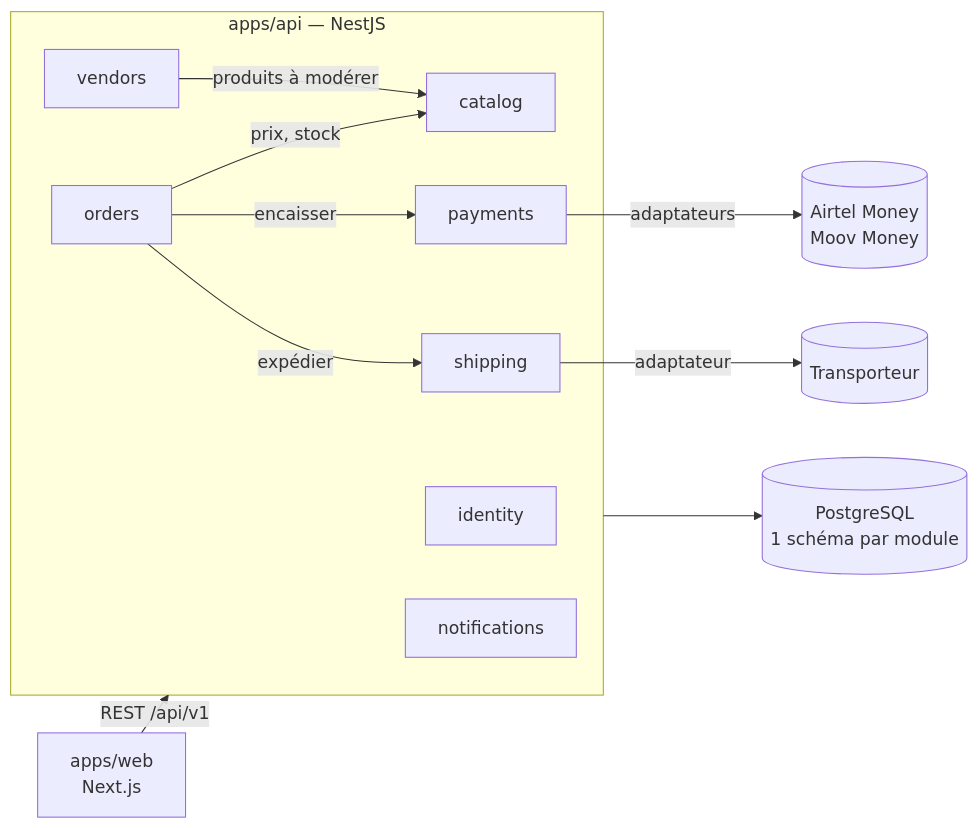
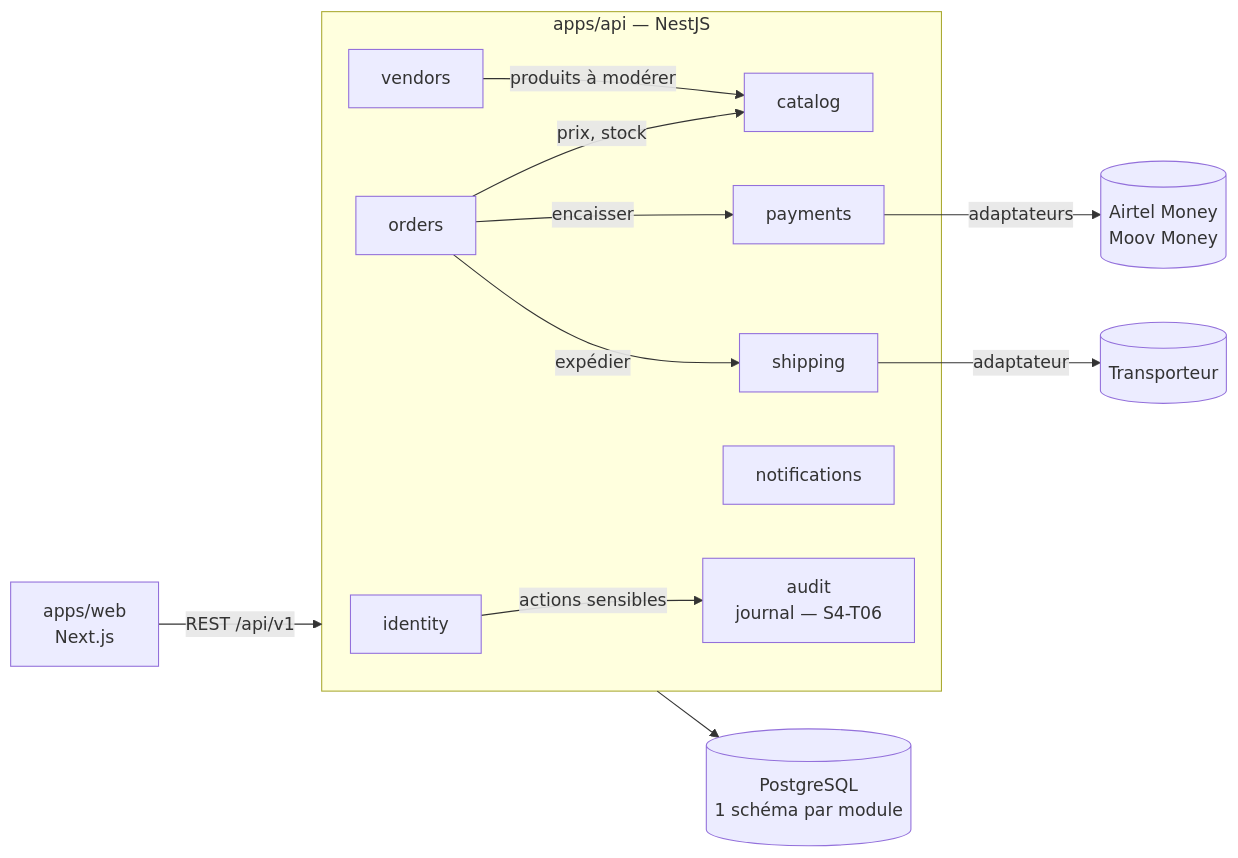
Before and after one commit to levy-kombila/kemdia: the third of 14 diagrams in docs/architecture/cahier-architecture.md, drawn with Mermaid. The commit also changed other lines of this file and 6 other files, not shown here.

````diff
--- a/docs/architecture/cahier-architecture.md
+++ b/docs/architecture/cahier-architecture.md
@@ -170,20 +171,22 @@
 ```mermaid
 flowchart LR
     web[apps/web<br/>Next.js] -->|REST /api/v1| api
     subgraph api[apps/api — NestJS]
       identity[identity]
       catalog[catalog]
       vendors[vendors]
       orders[orders]
       payments[payments]
       shipping[shipping]
       notif[notifications]
+      audit[audit<br/>journal — S4-T06]
     end
+    identity -->|actions sensibles| audit
     orders -->|prix, stock| catalog
     orders -->|encaisser| payments
     orders -->|expédier| shipping
     vendors -->|produits à modérer| catalog
     payments -->|adaptateurs| mm[(Airtel Money<br/>Moov Money)]
     shipping -->|adaptateur| tr[(Transporteur)]
     api --> db[(PostgreSQL<br/>1 schéma par module)]
 ```
````
